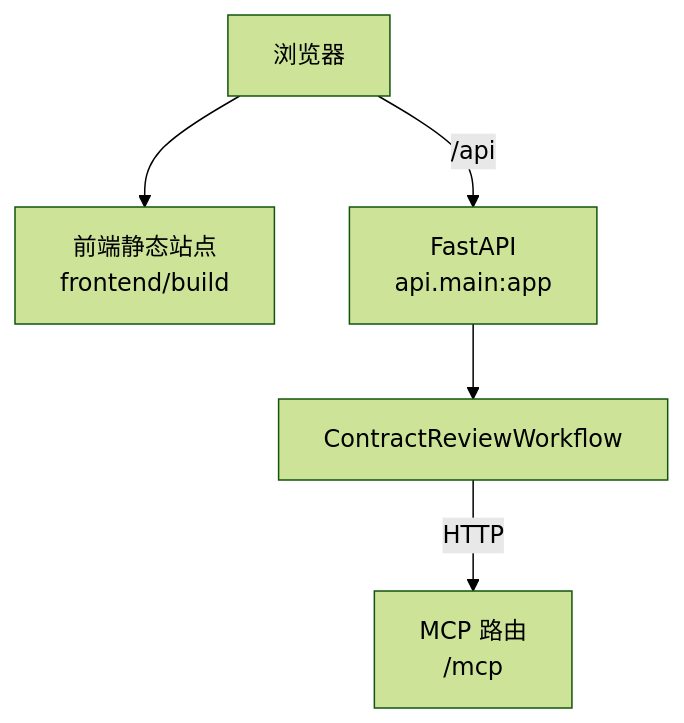
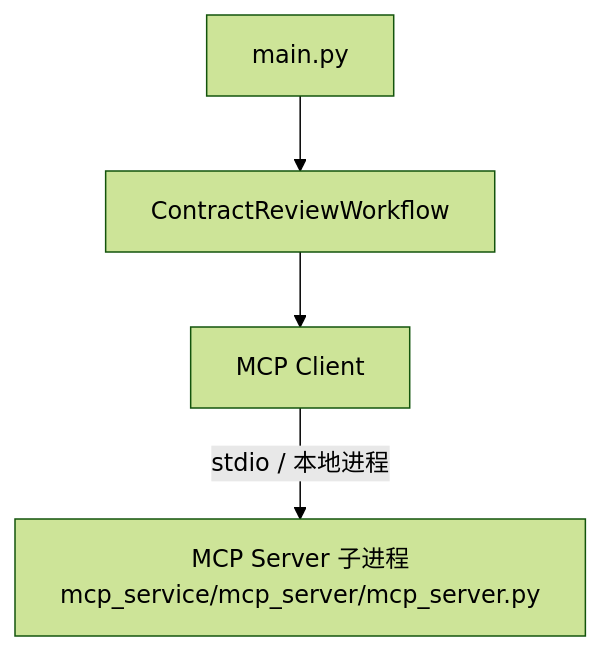
The second of 6 diagrams in project_intro/ARCHITECTURE.md (HoeTee/contract_agent), drawn with Mermaid (forest theme) before and after one commit. The commit also changed other lines of this file and 10 other files, not shown here.

````diff
--- a/project_intro/ARCHITECTURE.md
+++ b/project_intro/ARCHITECTURE.md
@@ -43,13 +45,11 @@
 ```mermaid
 flowchart TB
-    Browser[浏览器]
-    Frontend[前端静态站点<br/>frontend/build]
-    Backend[FastAPI<br/>api.main:app]
-    MCPRoute[MCP 路由<br/>/mcp]
+    Main[main.py]
     Workflow[ContractReviewWorkflow]
+    Client[MCP Client]
+    Server[MCP Server 子进程<br/>mcp_service/mcp_server/mcp_server.py]
 
-    Browser --> Frontend
-    Browser -->|/api| Backend
-    Backend --> Workflow
-    Workflow -->|HTTP| MCPRoute
+    Main --> Workflow
+    Workflow --> Client
+    Client -->|stdio / 本地进程| Server
 ```
````
